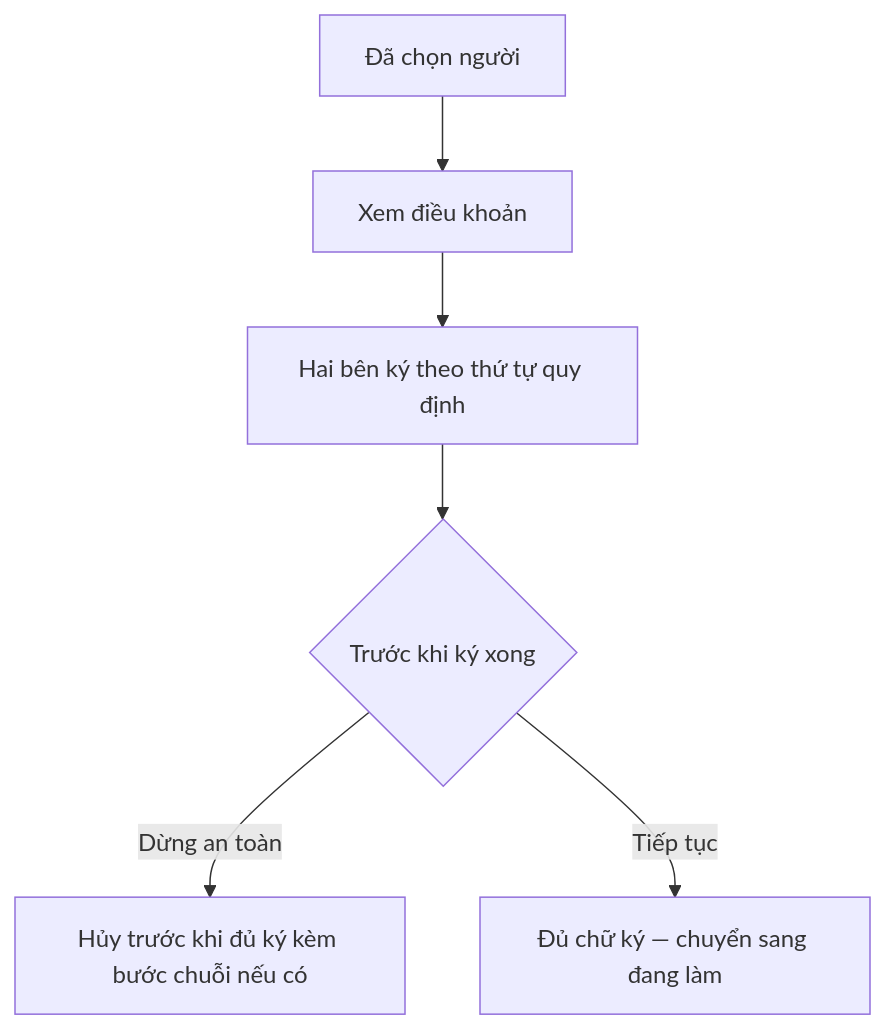
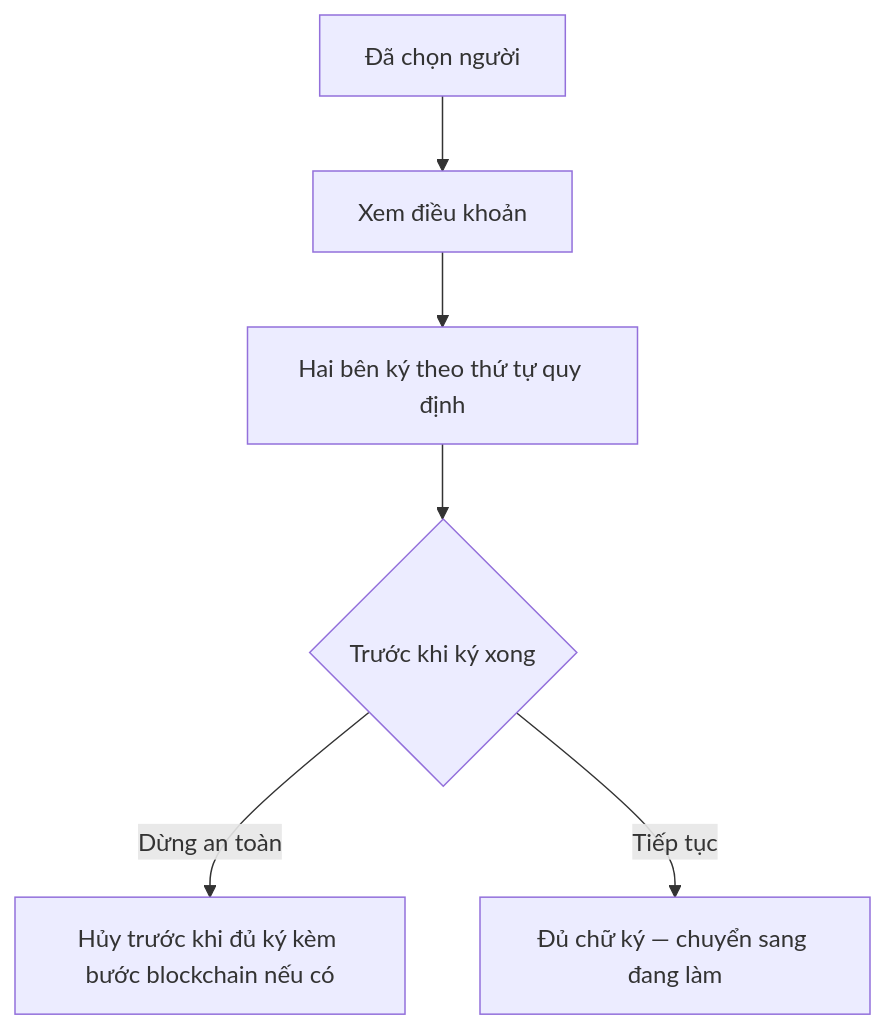
The third of 5 diagrams in poster.md (dmt041104111003/docs-nckh), drawn with Mermaid before and after one commit. The commit also changed other lines of this file and 9 other files, not shown here.

````diff
--- a/poster.md
+++ b/poster.md
@@ -52,8 +67,8 @@
 ```mermaid
 flowchart TD
   A[Đã chọn người] --> B[Xem điều khoản]
   B --> C[Hai bên ký theo thứ tự quy định]
   C --> D{Trước khi ký xong}
-  D -->|Dừng an toàn| E[Hủy trước khi đủ ký kèm bước chuỗi nếu có]
+  D -->|Dừng an toàn| E[Hủy trước khi đủ ký kèm bước blockchain nếu có]
   D -->|Tiếp tục| F[Đủ chữ ký — chuyển sang đang làm]
 ```
````
